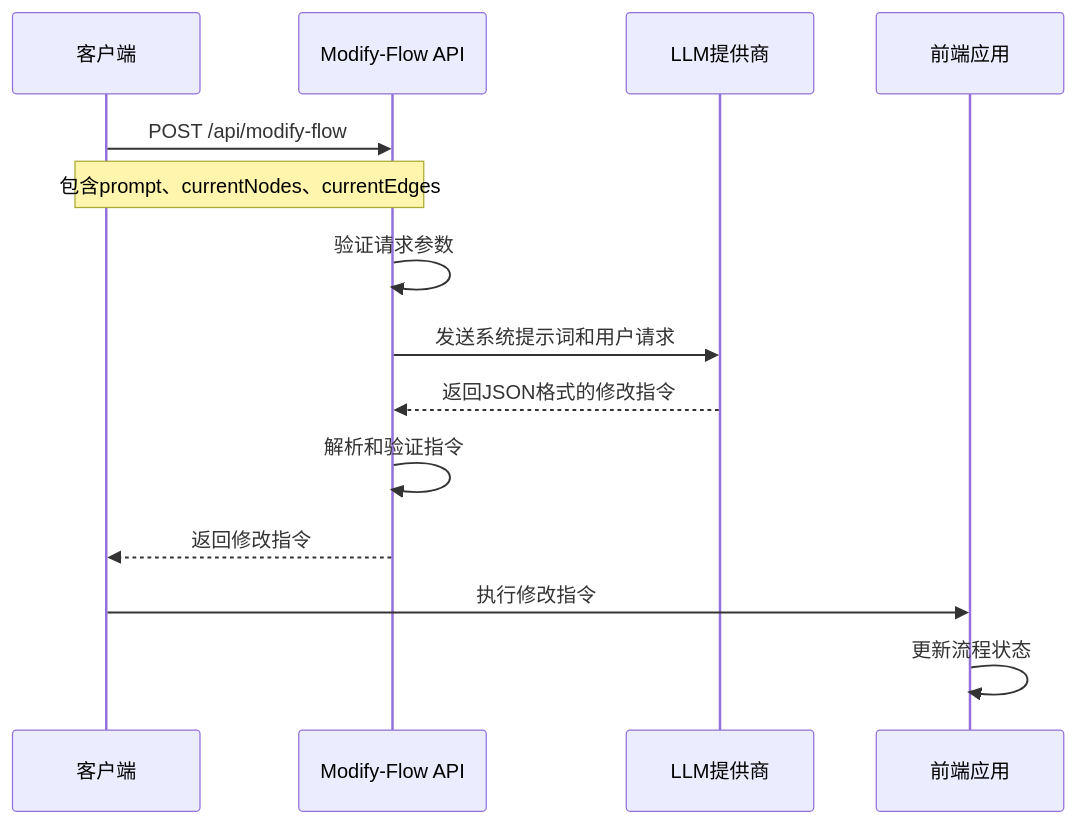
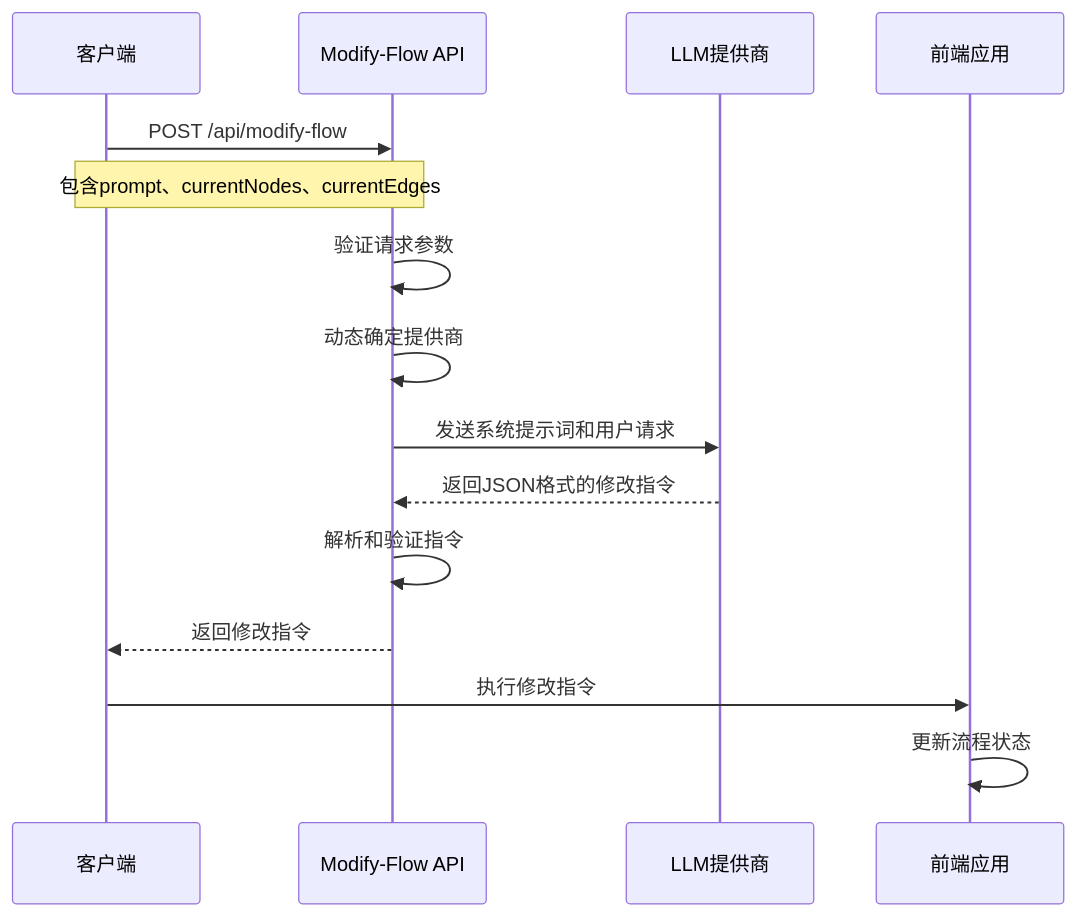
The first of 6 diagrams in .qoder/repowiki/zh/content/API接口文档/流程修改接口 (_api_modify-flow).md (JasperLin2333/Flash-Flow), drawn with Mermaid before and after one commit. The commit also changed other lines of this file and 91 other files, not shown here.

````diff
--- a/.qoder/repowiki/zh/content/API接口文档/流程修改接口 (_api_modify-flow).md
+++ b/.qoder/repowiki/zh/content/API接口文档/流程修改接口 (_api_modify-flow).md
@@ -33,16 +40,17 @@
 ```mermaid
 sequenceDiagram
 participant Client as 客户端
 participant API as Modify-Flow API
 participant LLM as LLM提供商
 participant Frontend as 前端应用
 Client->>API : POST /api/modify-flow
 Note over Client,API : 包含prompt、currentNodes、currentEdges
 API->>API : 验证请求参数
+API->>API : 动态确定提供商
 API->>LLM : 发送系统提示词和用户请求
 LLM-->>API : 返回JSON格式的修改指令
 API->>API : 解析和验证指令
 API-->>Client : 返回修改指令
 Client->>Frontend : 执行修改指令
 Frontend->>Frontend : 更新流程状态
 ```
````
